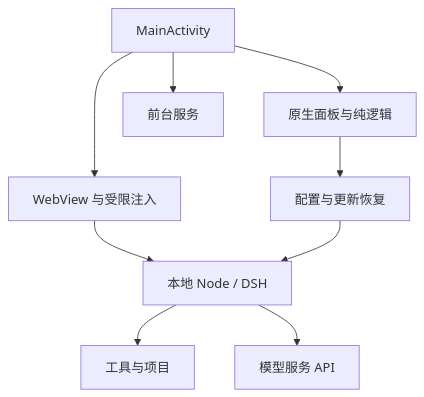
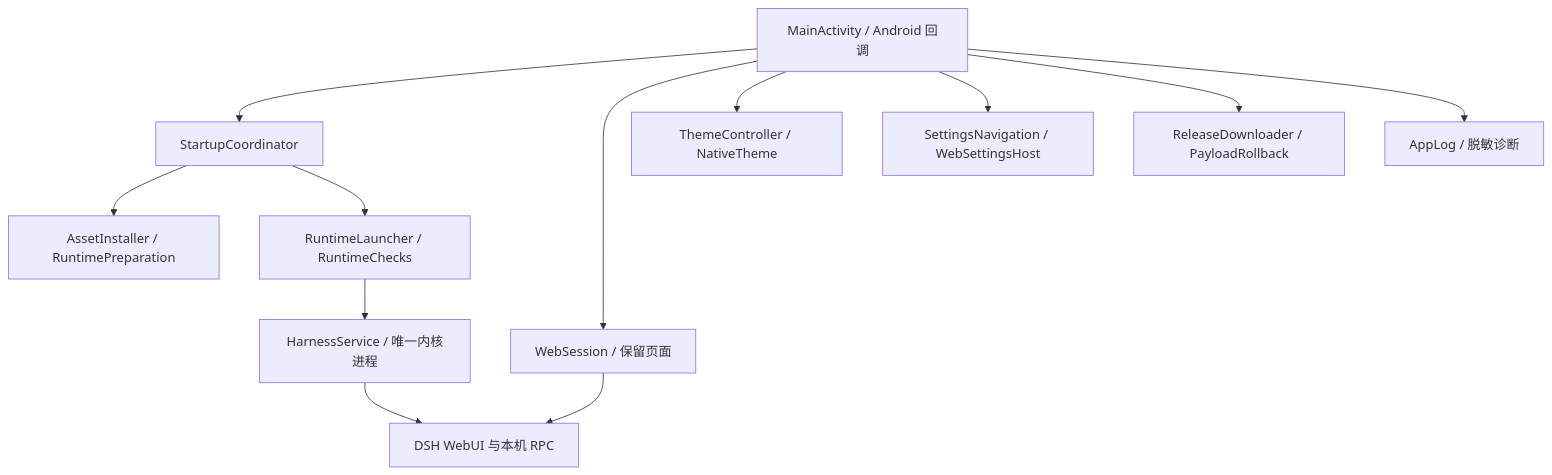
One commit to yusheng266186-beep/DSH-Native changed the first of 2 diagrams in docs/ARCHITECTURE.md. Above: the diagram before and after it, drawn with Mermaid. The commit also changed other lines of this file and 148 other files, not shown here.

Commit message:
refactor: rebuild app lifecycle and pre-adapt Android runtime for 1.1

````diff
--- a/docs/ARCHITECTURE.md
+++ b/docs/ARCHITECTURE.md
@@ -15,11 +15,14 @@
 ```mermaid
 flowchart TD
-    A[MainActivity] --> B[WebView 与受限注入]
-    A --> C[原生面板与纯逻辑]
-    A --> D[前台服务]
-    B --> E[本地 Node / DSH]
-    E --> F[工具与项目]
-    E --> G[模型服务 API]
-    C --> H[配置与更新恢复]
-    H --> E
+    A[MainActivity / Android 回调] --> S[StartupCoordinator]
+    S --> I[AssetInstaller / RuntimePreparation]
+    S --> L[RuntimeLauncher / RuntimeChecks]
+    L --> H[HarnessService / 唯一内核进程]
+    A --> W[WebSession / 保留页面]
+    W --> D[DSH WebUI 与本机 RPC]
+    H --> D
+    A --> T[ThemeController / NativeTheme]
+    A --> N[SettingsNavigation / WebSettingsHost]
+    A --> R[ReleaseDownloader / PayloadRollback]
+    A --> G[AppLog / 脱敏诊断]
 ```
````
